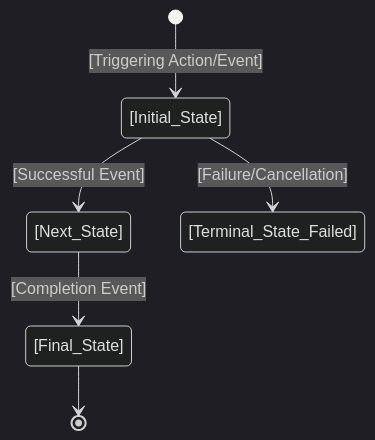
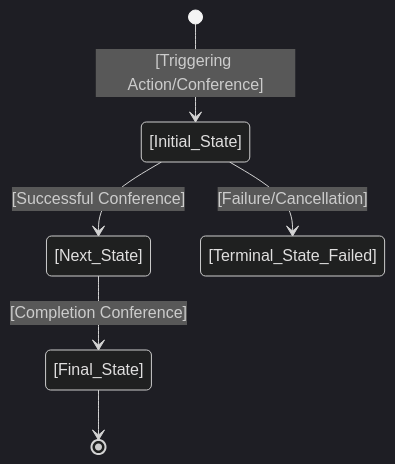
Before and after one commit to faparicior/SessioFlow: the diagram in docs/templates/product/entity-lifecycle.md, drawn with Mermaid (dark theme). The commit also changed 48 other files, not shown here.

Commit message:
refactor: migrate Event bounded context to Conference bounded context in domain documentation

````diff
--- a/docs/templates/product/entity-lifecycle.md
+++ b/docs/templates/product/entity-lifecycle.md
@@ -14,9 +14,9 @@
 ```mermaid
 stateDiagram-v2
-    [*] --> [Initial_State] : [Triggering Action/Event]
-    [Initial_State] --> [Next_State] : [Successful Event]
+    [*] --> [Initial_State] : [Triggering Action/Conference]
+    [Initial_State] --> [Next_State] : [Successful Conference]
     [Initial_State] --> [Terminal_State_Failed] : [Failure/Cancellation]
     
-    [Next_State] --> [Final_State] : [Completion Event]
+    [Next_State] --> [Final_State] : [Completion Conference]
     [Final_State] --> [*]
 ```
````
